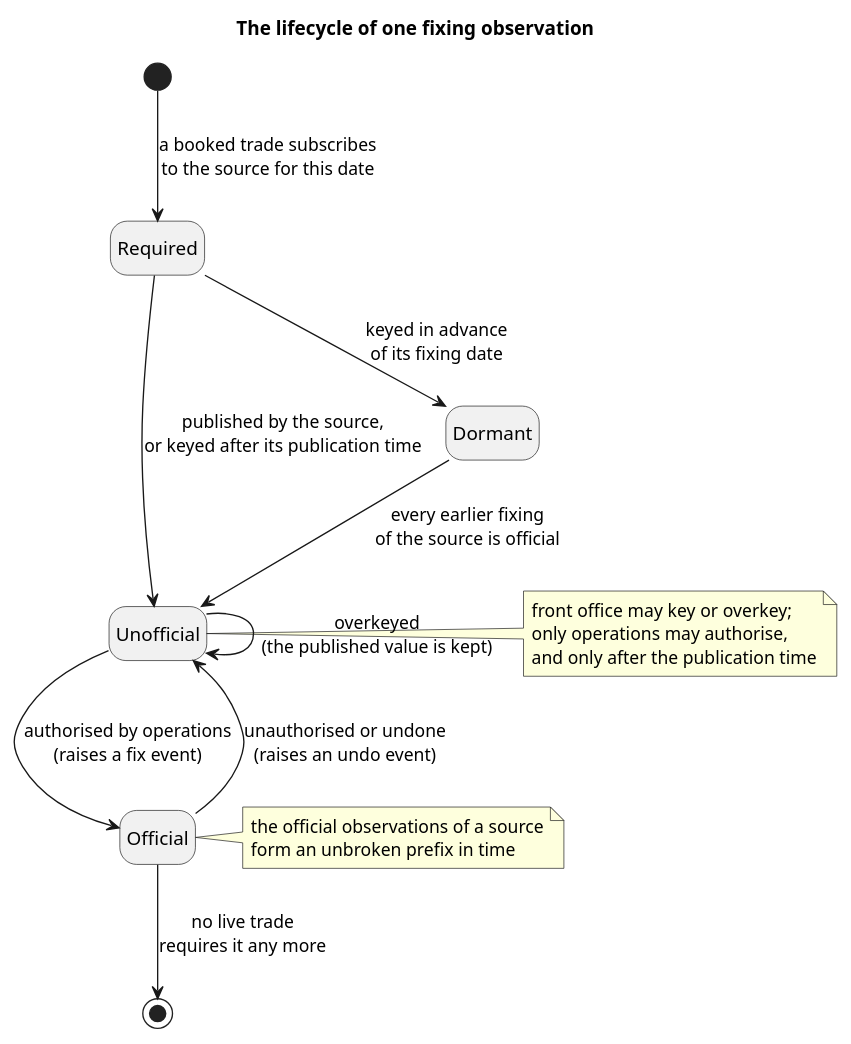
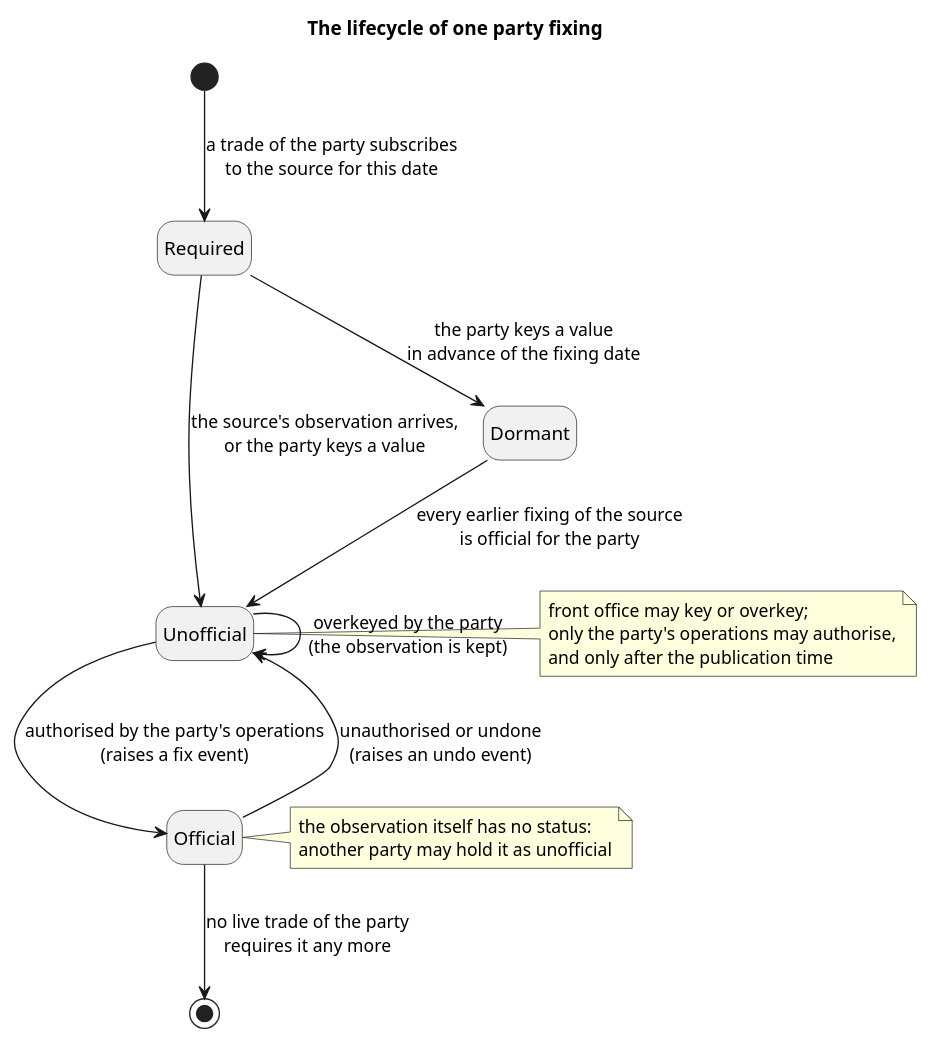
Before and after one commit to OreStudio/OreStudio: the diagram in doc/knowledge/domain/fixing_observation_lifecycle.puml, drawn with PlantUML. The commit also changed 31 other files, not shown here.

```diff
--- a/doc/knowledge/domain/fixing_observation_lifecycle.puml
+++ b/doc/knowledge/domain/fixing_observation_lifecycle.puml
@@ -18,37 +18,37 @@
 @startuml
 
-title The lifecycle of one fixing observation
+title The lifecycle of one party fixing
 
 hide empty description
 
 state "Required" as required
 state "Dormant" as dormant
 state "Unofficial" as unofficial
 state "Official" as official
 
-[*] --> required : a booked trade subscribes\nto the source for this date
+[*] --> required : a trade of the party subscribes\nto the source for this date
 
-required --> dormant : keyed in advance\nof its fixing date
-dormant --> unofficial : every earlier fixing\nof the source is official
+required --> dormant : the party keys a value\nin advance of the fixing date
+dormant --> unofficial : every earlier fixing of the source\nis official for the party
 
-required --> unofficial : published by the source,\nor keyed after its publication time
+required --> unofficial : the source's observation arrives,\nor the party keys a value
 
-unofficial --> unofficial : overkeyed\n(the published value is kept)
+unofficial --> unofficial : overkeyed by the party\n(the observation is kept)
 
-unofficial --> official : authorised by operations\n(raises a fix event)
+unofficial --> official : authorised by the party's operations\n(raises a fix event)
 official --> unofficial : unauthorised or undone\n(raises an undo event)
 
-official --> [*] : no live trade\nrequires it any more
+official --> [*] : no live trade of the party\nrequires it any more
 
 note right of unofficial
     front office may key or overkey;
-    only operations may authorise,
+    only the party's operations may authorise,
     and only after the publication time
 end note
 
 note right of official
-    the official observations of a source
-    form an unbroken prefix in time
+    the observation itself has no status:
+    another party may hold it as unofficial
 end note
 
 @enduml
```
